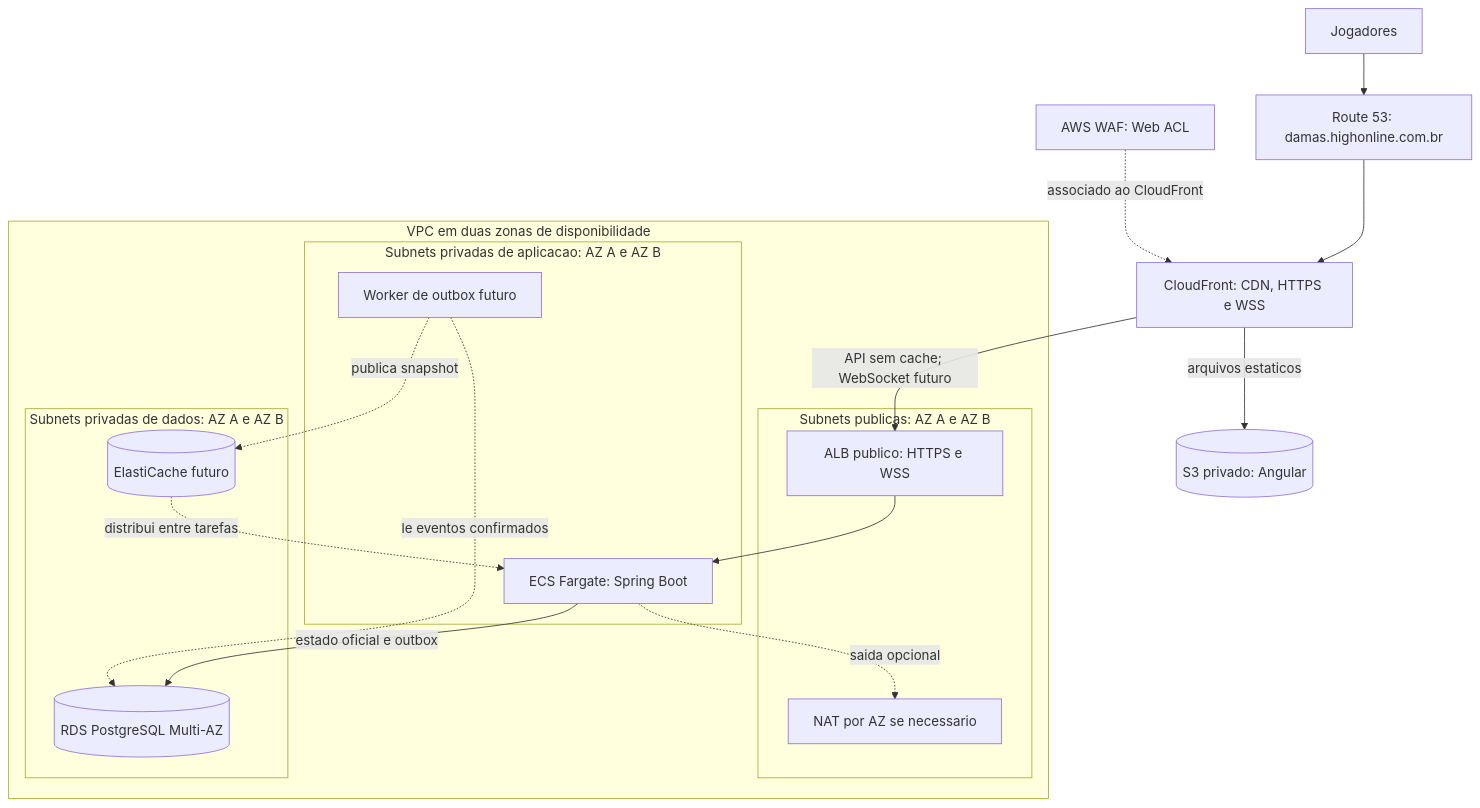
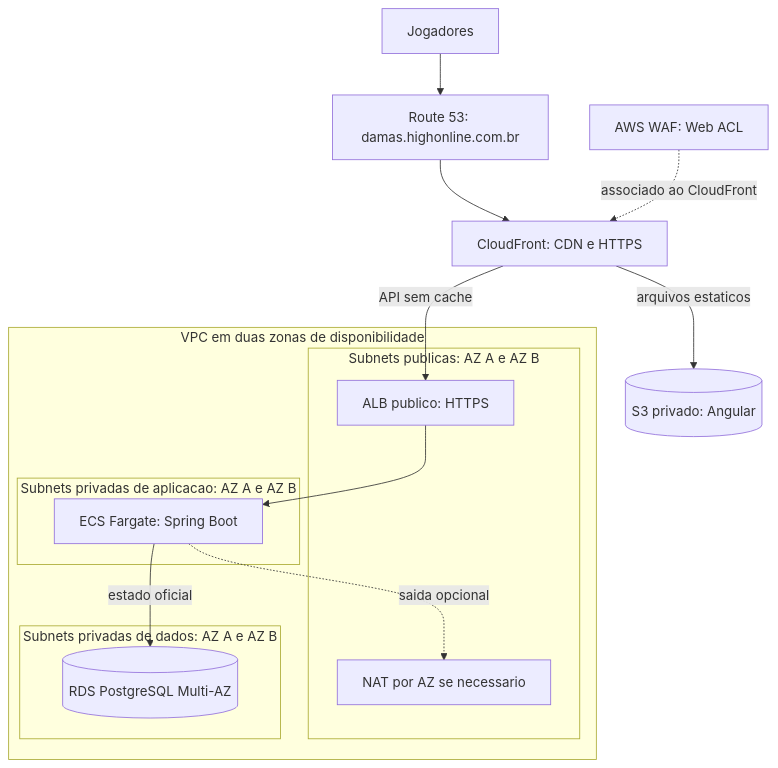
One commit to ralvesper/checkers-aws changed the diagram in docs/diagrams/aws-deployment.md. Above: the diagram before and after it, drawn with Mermaid. The commit also changed other lines of this file, not shown here.

````diff
--- a/docs/diagrams/aws-deployment.md
+++ b/docs/diagrams/aws-deployment.md
@@ -5,33 +5,27 @@
 ```mermaid
 flowchart TB
     U["Jogadores"]
     DNS["Route 53: damas.highonline.com.br"]
-    CF["CloudFront: CDN, HTTPS e WSS"]
+    CF["CloudFront: CDN e HTTPS"]
     WAF["AWS WAF: Web ACL"]
     S3[("S3 privado: Angular")]
     U --> DNS --> CF
     WAF -. "associado ao CloudFront" .-> CF
     CF -->|"arquivos estaticos"| S3
-    CF -->|"API sem cache; WebSocket futuro"| ALB
+    CF -->|"API sem cache"| ALB
 
     subgraph VPC["VPC em duas zonas de disponibilidade"]
         subgraph PUB["Subnets publicas: AZ A e AZ B"]
-            ALB["ALB publico: HTTPS e WSS"]
+            ALB["ALB publico: HTTPS"]
             NAT["NAT por AZ se necessario"]
         end
         subgraph APP["Subnets privadas de aplicacao: AZ A e AZ B"]
             ECS["ECS Fargate: Spring Boot"]
-            WORKER["Worker de outbox futuro"]
         end
         subgraph DATA["Subnets privadas de dados: AZ A e AZ B"]
             RDS[("RDS PostgreSQL Multi-AZ")]
-            CACHE[("ElastiCache futuro")]
         end
-        ALB --> ECS
-        ECS -->|"estado oficial e outbox"| RDS
-        WORKER -. "le eventos confirmados" .-> RDS
-        WORKER -. "publica snapshot" .-> CACHE
-        CACHE -. "distribui entre tarefas" .-> ECS
+        ALB --> ECS -->|"estado oficial"| RDS
         ECS -. "saida opcional" .-> NAT
     end
 ```
````
